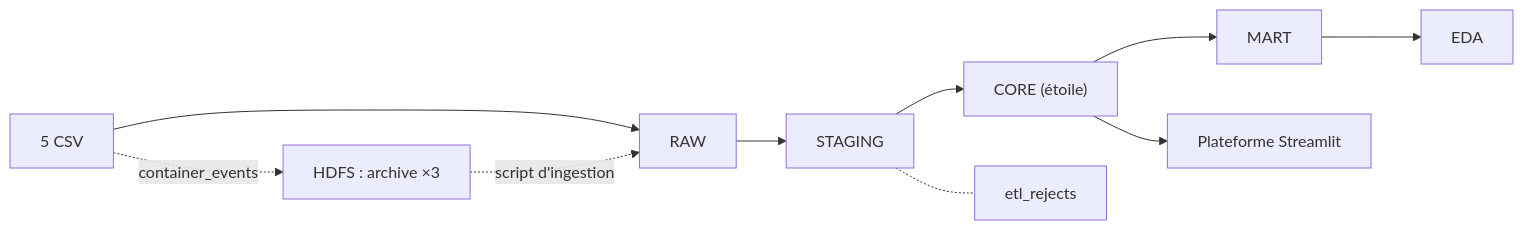
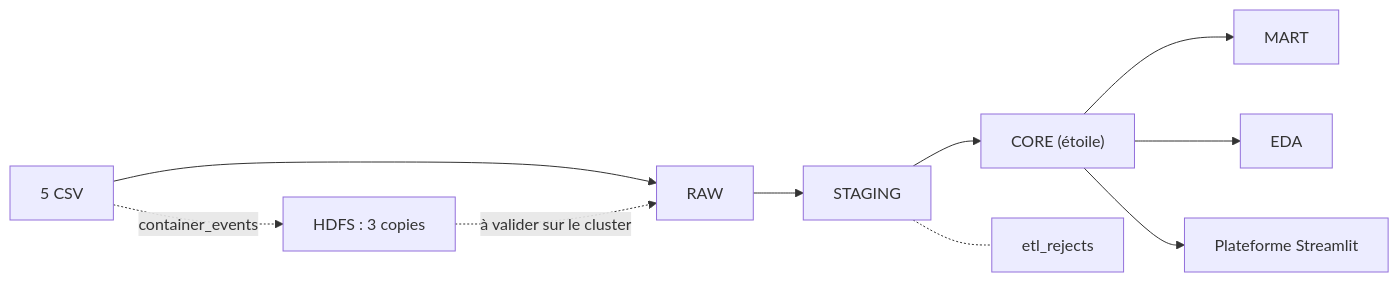
The diagram in README.md (madina-ali09/SmartPort_container_operation), drawn with Mermaid before and after one commit. The commit also changed other lines of this file, not shown here.

````diff
--- a/README.md
+++ b/README.md
@@ -9,8 +39,9 @@
 ```mermaid
 flowchart LR
-  CSV["5 CSV"] --> RAW --> STG["STAGING"] --> CORE["CORE (étoile)"] --> MART --> EDA["EDA"]
+  CSV["5 CSV"] --> RAW --> STG["STAGING"] --> CORE["CORE (étoile)"] --> MART
+  CORE --> EDA["EDA"]
   CORE --> APP["Plateforme Streamlit"]
   STG -.- REJ["etl_rejects"]
-  CSV -. container_events .-> HDFS["HDFS : archive ×3"]
-  HDFS -. "script d'ingestion" .-> RAW
+  CSV -. container_events .-> HDFS["HDFS : 3 copies"]
+  HDFS -. "à valider sur le cluster" .-> RAW
 ```
````
